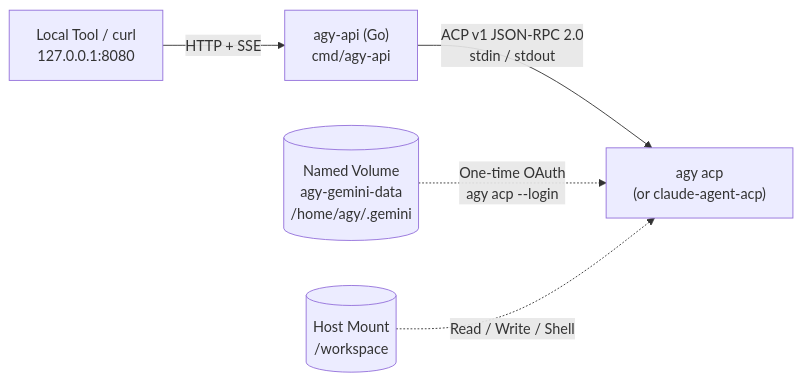
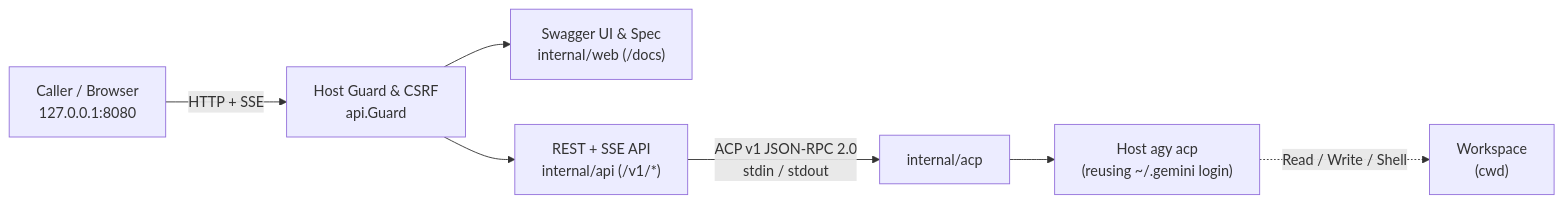
One commit to kesokaj/agyd changed the diagram in README.md. Above: the diagram before and after it, drawn with Mermaid. The commit also changed other lines of this file and 27 other files, not shown here.

Commit message:
feat: ship agyd host binary with vendored Swagger docs; drop Docker

````diff
--- a/README.md
+++ b/README.md
@@ -5,7 +5,9 @@
 ```mermaid
 flowchart LR
-  Client["Local Tool / curl\n127.0.0.1:8080"] -->|"HTTP + SSE"| API["agy-api (Go)\ncmd/agy-api"]
-  API -->|"ACP v1 JSON-RPC 2.0\nstdin / stdout"| ACP["agy acp\n(or claude-agent-acp)"]
-  Creds[("Named Volume\nagy-gemini-data\n/home/agy/.gemini")] -.->|"One-time OAuth\nagy acp --login"| ACP
-  WS[("Host Mount\n/workspace")] -.->|"Read / Write / Shell"| ACP
+  Client["Caller / Browser\n127.0.0.1:8080"] -->|"HTTP + SSE"| Guard["Host Guard & CSRF\napi.Guard"]
+  Guard --> Web["Swagger UI & Spec\ninternal/web (/docs)"]
+  Guard --> API["REST + SSE API\ninternal/api (/v1/*)"]
+  API -->|"ACP v1 JSON-RPC 2.0\nstdin / stdout"| ACP["internal/acp"]
+  ACP --> Child["Host agy acp\n(reusing ~/.gemini login)"]
+  Child -.->|"Read / Write / Shell"| WS["Workspace\n(cwd)"]
 ```
````
